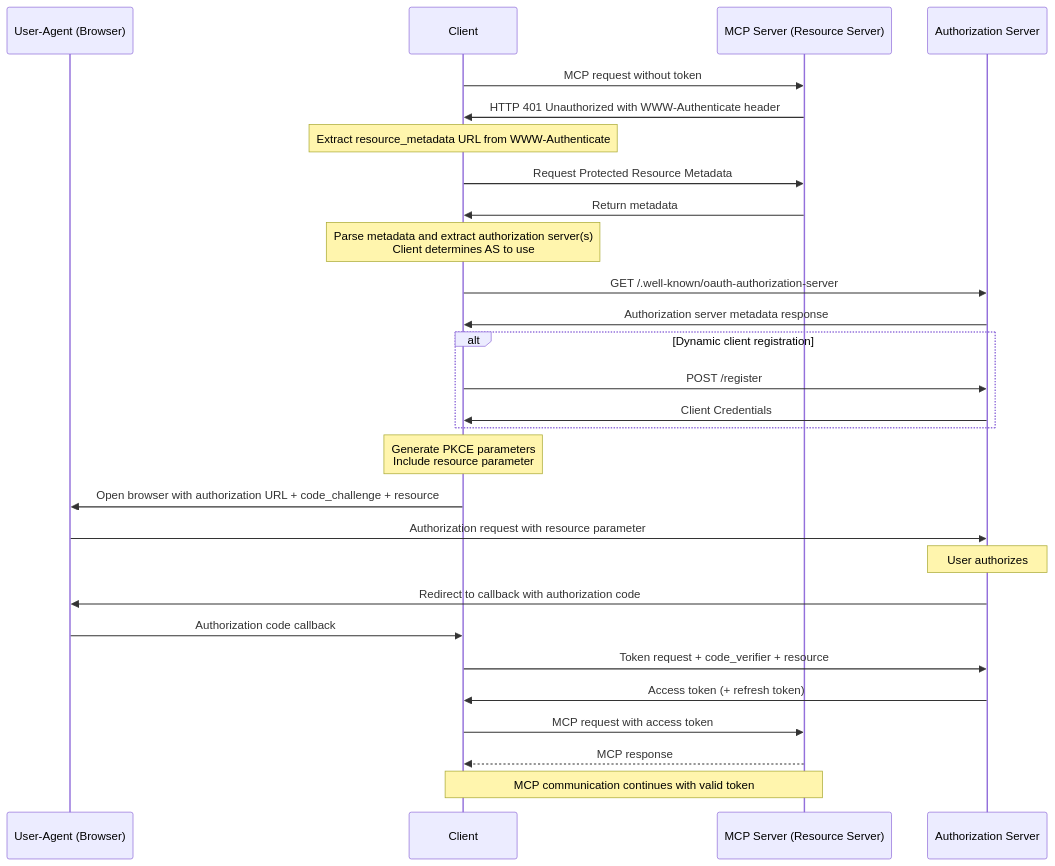
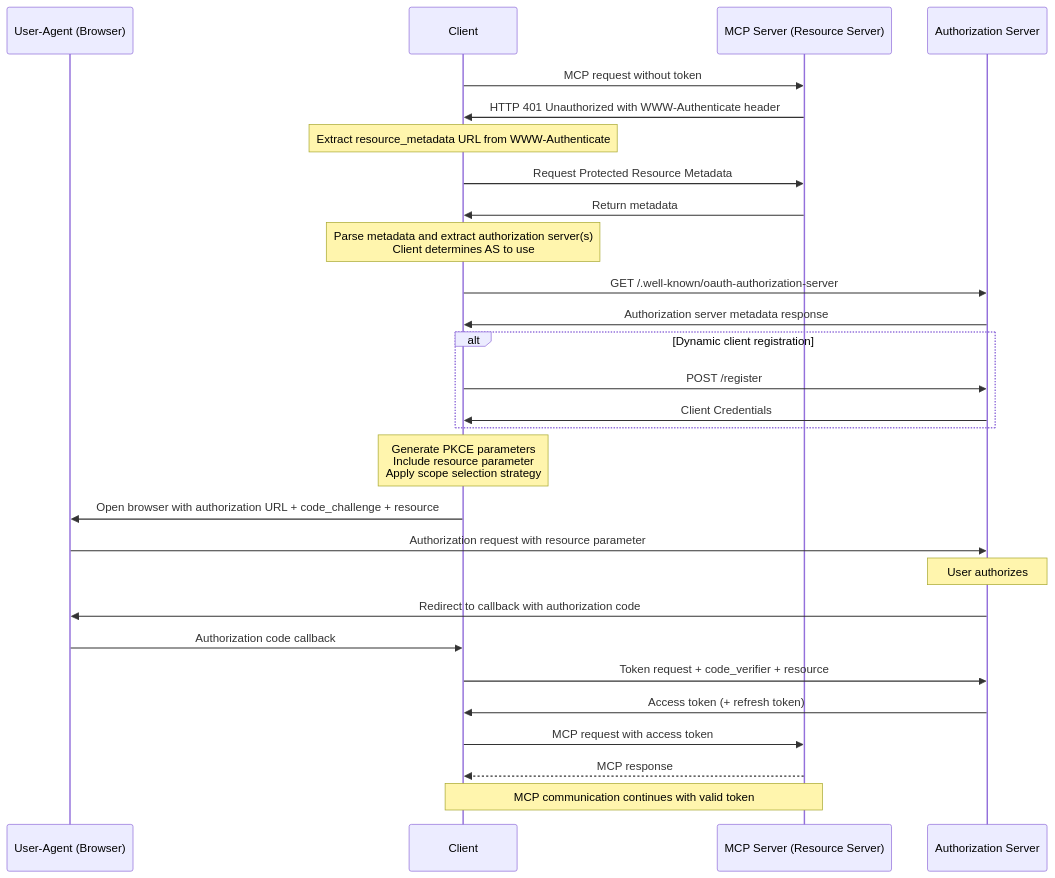
One commit to scottslewis/modelcontextprotocol changed the second of 2 diagrams in docs/specification/draft/basic/authorization.mdx. Above: the diagram before and after it, drawn with Mermaid. The commit also changed other lines of this file, not shown here.

````diff
--- a/docs/specification/draft/basic/authorization.mdx
+++ b/docs/specification/draft/basic/authorization.mdx
@@ -157,36 +197,34 @@
 ```mermaid
 sequenceDiagram
     participant B as User-Agent (Browser)
     participant C as Client
     participant M as MCP Server (Resource Server)
     participant A as Authorization Server
 
     C->>M: MCP request without token
     M->>C: HTTP 401 Unauthorized with WWW-Authenticate header
     Note over C: Extract resource_metadata URL from WWW-Authenticate
 
     C->>M: Request Protected Resource Metadata
     M->>C: Return metadata
 
     Note over C: Parse metadata and extract authorization server(s)<br/>Client determines AS to use
 
     C->>A: GET /.well-known/oauth-authorization-server
     A->>C: Authorization server metadata response
 
     alt Dynamic client registration
         C->>A: POST /register
         A->>C: Client Credentials
-    end
-
-    Note over C: Generate PKCE parameters<br/>Include resource parameter
+    end    Note over C: Generate PKCE parameters<br/>Include resource parameter<br/>Apply scope selection strategy
     C->>B: Open browser with authorization URL + code_challenge + resource
     B->>A: Authorization request with resource parameter
     Note over A: User authorizes
     A->>B: Redirect to callback with authorization code
     B->>C: Authorization code callback
     C->>A: Token request + code_verifier + resource
     A->>C: Access token (+ refresh token)
     C->>M: MCP request with access token
     M-->>C: MCP response
     Note over C,M: MCP communication continues with valid token
 ```
````
